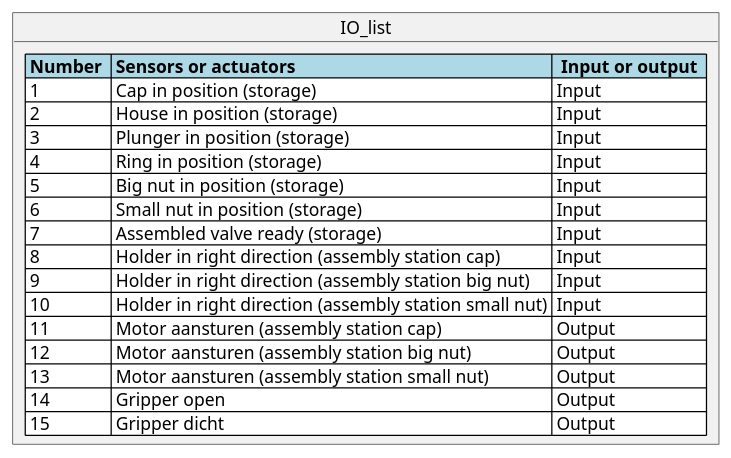
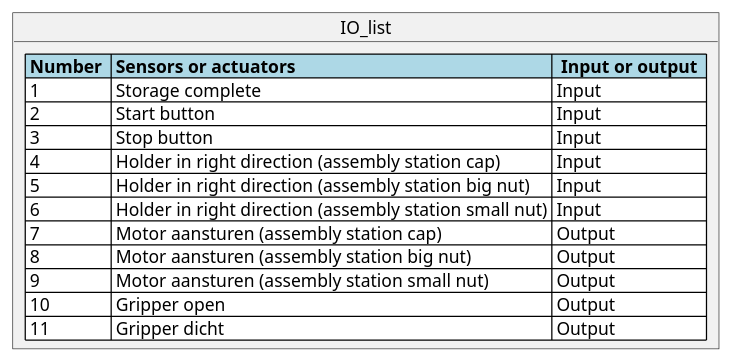
The third of 3 diagrams in src/Structure.md (Timon14kraan/Project-Proces-and-Safety), drawn with PlantUML before and after one commit. The commit also changed 5 other files, not shown here.

````diff
--- a/src/Structure.md
+++ b/src/Structure.md
@@ -132,24 +132,20 @@
 ```plantuml
 @startuml
 
 object IO_list {
   <#lightblue,#black>|= Number  |= Sensors or actuators  |=  Input or output  |
-  <#white>| 1 | Cap in position (storage) | Input |
-  <#white>| 2 | House in position (storage) | Input |
-  <#white>| 3 | Plunger in position (storage) | Input |
-  <#white>| 4 | Ring in position (storage) | Input |
-  <#white>| 5 | Big nut in position (storage) | Input |
-  <#white>| 6 | Small nut in position (storage) | Input |
-  <#white>| 7 | Assembled valve ready (storage) | Input |
-  <#white>| 8 | Holder in right direction (assembly station cap) | Input |
-  <#white>| 9 | Holder in right direction (assembly station big nut) | Input |
-  <#white>| 10 | Holder in right direction (assembly station small nut) | Input |
-  <#white>| 11 | Motor aansturen (assembly station cap) | Output |
-  <#white>| 12 | Motor aansturen (assembly station big nut) | Output |
-  <#white>| 13 | Motor aansturen (assembly station small nut) | Output |
-  <#white>| 14 | Gripper open | Output |
-  <#white>| 15 | Gripper dicht | Output |
+  <#white>| 1 | Storage complete | Input |
+  <#white>| 2 | Start button | Input |
+  <#white>| 3 | Stop button | Input |
+  <#white>| 4 | Holder in right direction (assembly station cap) | Input |
+  <#white>| 5 | Holder in right direction (assembly station big nut) | Input |
+  <#white>| 6 | Holder in right direction (assembly station small nut) | Input |
+  <#white>| 7 | Motor aansturen (assembly station cap) | Output |
+  <#white>| 8 | Motor aansturen (assembly station big nut) | Output |
+  <#white>| 9 | Motor aansturen (assembly station small nut) | Output |
+  <#white>| 10 | Gripper open | Output |
+  <#white>| 11 | Gripper dicht | Output |
 
 }
 @endulm
 ```
````
